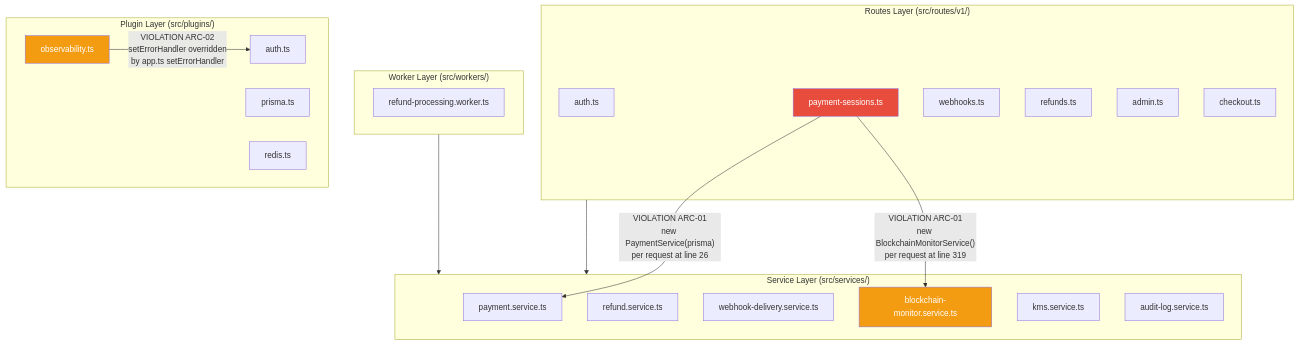
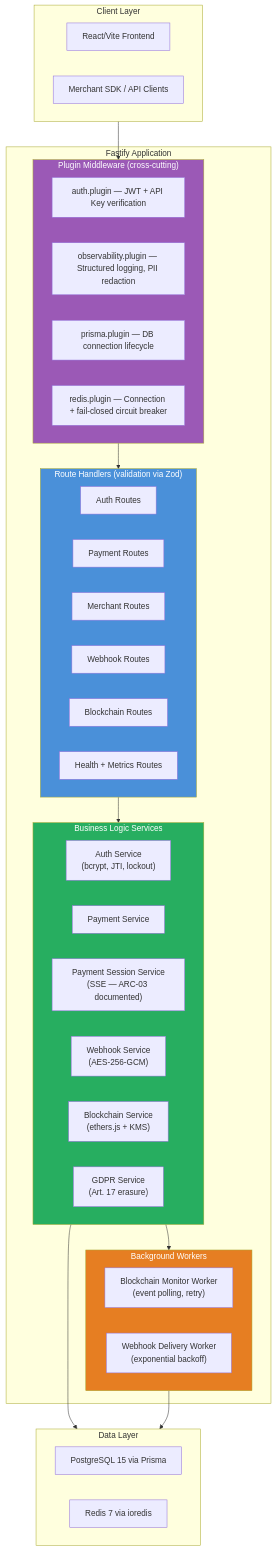
Before and after one commit to Tamoura/Claude-Code-creates-the-SW-company: the ninth of 27 diagrams in products/stablecoin-gateway/docs/AUDIT-REPORT.md, drawn with Mermaid. The commit also changed other lines of this file and 19 other files, not shown here.

````diff
--- a/products/stablecoin-gateway/docs/AUDIT-REPORT.md
+++ b/products/stablecoin-gateway/docs/AUDIT-REPORT.md
@@ -468,42 +464,56 @@
 ```mermaid
-graph TD
-    subgraph ROUTES["Routes Layer (src/routes/v1/)"]
-        AUTH_R["auth.ts"]
-        PAY_R["payment-sessions.ts"]
-        WEBHOOK_R["webhooks.ts"]
-        REFUND_R["refunds.ts"]
-        ADMIN_R["admin.ts"]
-        CHECKOUT_R["checkout.ts"]
+graph TB
+    subgraph CLIENT["Client Layer"]
+        WEB["React/Vite Frontend"]
+        SDK["Merchant SDK / API Clients"]
     end
 
-    subgraph SERVICES["Service Layer (src/services/)"]
-        PAY_S["payment.service.ts"]
-        REFUND_S["refund.service.ts"]
-        WEBHOOK_DS["webhook-delivery.service.ts"]
-        BLOCKCHAIN_S["blockchain-monitor.service.ts"]
-        KMS_S["kms.service.ts"]
-        AUDIT_S["audit-log.service.ts"]
+    subgraph FASTIFY["Fastify Application"]
+        subgraph MIDDLEWARE["Plugin Middleware (cross-cutting)"]
+            AUTH["auth.plugin — JWT + API Key verification"]
+            OBS["observability.plugin — Structured logging, PII redaction"]
+            PRISMAP["prisma.plugin — DB connection lifecycle"]
+            REDISP["redis.plugin — Connection + fail-closed circuit breaker"]
+        end
+
+        subgraph ROUTES["Route Handlers (validation via Zod)"]
+            AROUTES["Auth Routes"]
+            PROUTES["Payment Routes"]
+            MROUTES["Merchant Routes"]
+            WROUTES["Webhook Routes"]
+            BROUTES["Blockchain Routes"]
+            HROUTES["Health + Metrics Routes"]
+        end
+
+        subgraph SERVICES["Business Logic Services"]
+            ASERV["Auth Service\n(bcrypt, JTI, lockout)"]
+            PSERV["Payment Service"]
+            PSESSSERV["Payment Session Service\n(SSE — ARC-03 documented)"]
+            WSERV["Webhook Service\n(AES-256-GCM)"]
+            BSERV["Blockchain Service\n(ethers.js + KMS)"]
+            GSERV["GDPR Service\n(Art. 17 erasure)"]
+        end
+
+        subgraph WORKERS["Background Workers"]
+            BMON["Blockchain Monitor Worker\n(event polling, retry)"]
+            WDEL["Webhook Delivery Worker\n(exponential backoff)"]
+        end
     end
 
-    subgraph WORKERS["Worker Layer (src/workers/)"]
-        REFUND_W["refund-processing.worker.ts"]
+    subgraph DATA["Data Layer"]
+        PG["PostgreSQL 15 via Prisma"]
+        REDIS["Redis 7 via ioredis"]
     end
 
-    subgraph PLUGINS["Plugin Layer (src/plugins/)"]
-        AUTH_P["auth.ts"]
-        PRISMA_P["prisma.ts"]
-        REDIS_P["redis.ts"]
-        OBS_P["observability.ts"]
-    end
+    CLIENT --> MIDDLEWARE
+    MIDDLEWARE --> ROUTES
+    ROUTES --> SERVICES
+    SERVICES --> WORKERS
+    SERVICES --> DATA
+    WORKERS --> DATA
 
-    ROUTES --> SERVICES
-    WORKERS --> SERVICES
-
-    PAY_R -->|"VIOLATION ARC-01\nnew BlockchainMonitorService()\nper request at line 319"| BLOCKCHAIN_S
-    PAY_R -->|"VIOLATION ARC-01\nnew PaymentService(prisma)\nper request at line 26"| PAY_S
-    OBS_P -->|"VIOLATION ARC-02\nsetErrorHandler overridden\nby app.ts setErrorHandler"| AUTH_P
-
-    style PAY_R fill:#e74c3c,color:#fff
-    style OBS_P fill:#f39c12,color:#fff
-    style BLOCKCHAIN_S fill:#f39c12,color:#fff
+    style MIDDLEWARE fill:#9b59b6,color:#fff
+    style ROUTES fill:#4a90d9,color:#fff
+    style SERVICES fill:#27ae60,color:#fff
+    style WORKERS fill:#e67e22,color:#fff
 ```
````
